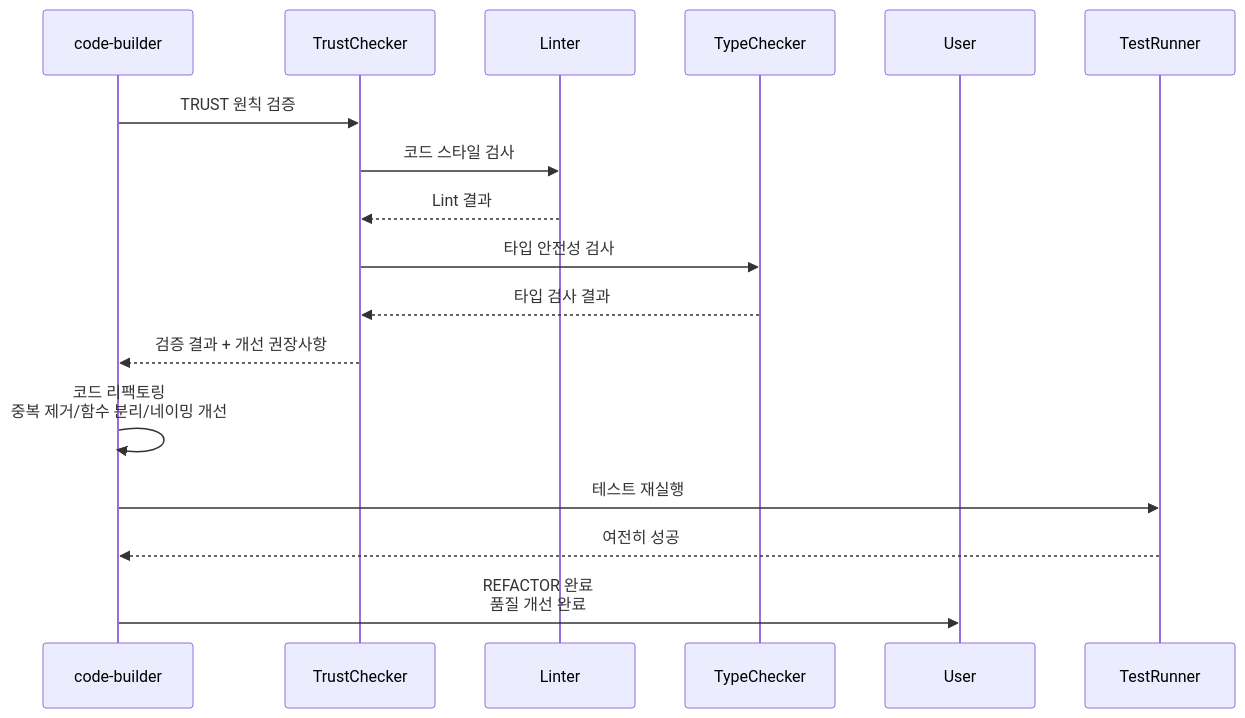
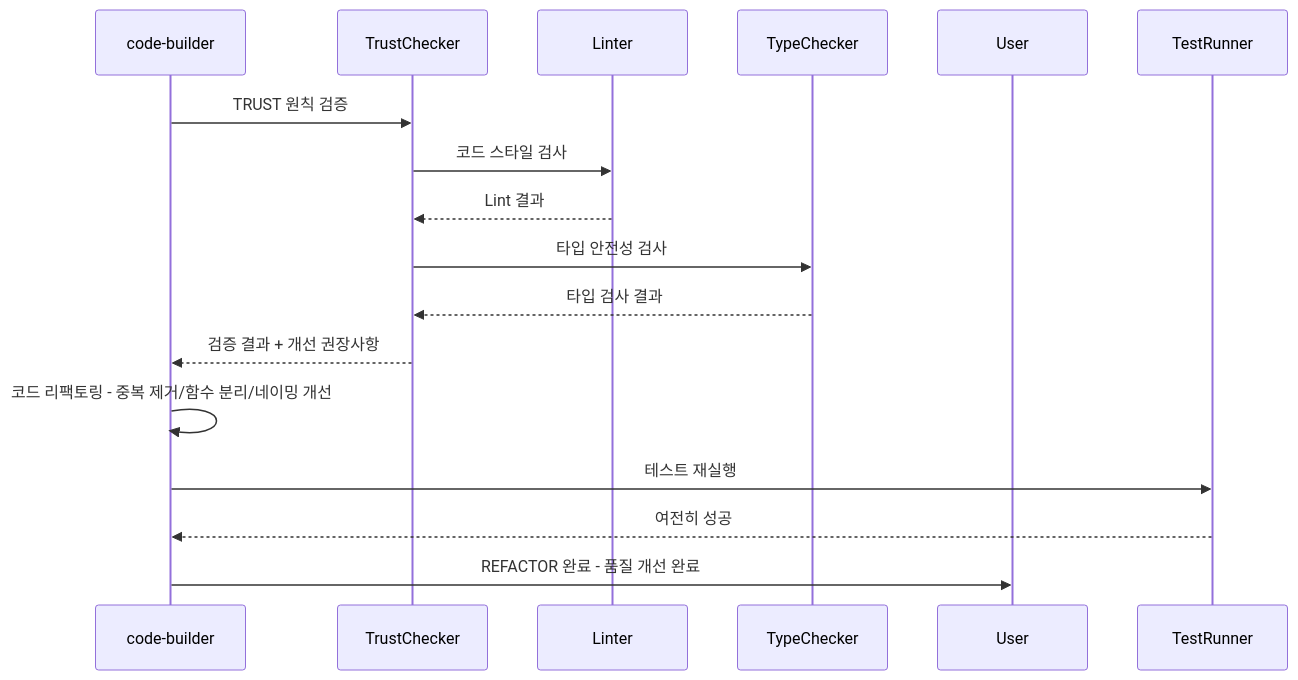
Before and after one commit to modu-ai/moai-adk: the fifth of 7 diagrams in docs/claude/agents/code-builder.md, drawn with Mermaid. The commit also changed other lines of this file and 447 other files, not shown here.

````diff
--- a/docs/claude/agents/code-builder.md
+++ b/docs/claude/agents/code-builder.md
@@ -354,25 +354,25 @@
 ```mermaid
 sequenceDiagram
     participant CB as code-builder
     participant TrustChecker
     participant Linter
     participant TypeChecker
     participant User
 
     CB->>TrustChecker: TRUST 원칙 검증
 
     TrustChecker->>Linter: 코드 스타일 검사
     Linter-->>TrustChecker: Lint 결과
 
     TrustChecker->>TypeChecker: 타입 안전성 검사
     TypeChecker-->>TrustChecker: 타입 검사 결과
 
     TrustChecker-->>CB: 검증 결과 + 개선 권장사항
 
-    CB->>CB: 코드 리팩토링<br/>중복 제거/함수 분리/네이밍 개선
+    CB->>CB: 코드 리팩토링 - 중복 제거/함수 분리/네이밍 개선
 
     CB->>TestRunner: 테스트 재실행
     TestRunner-->>CB: 여전히 성공
 
-    CB->>User: REFACTOR 완료<br/>품질 개선 완료
+    CB->>User: REFACTOR 완료 - 품질 개선 완료
 ```
````
